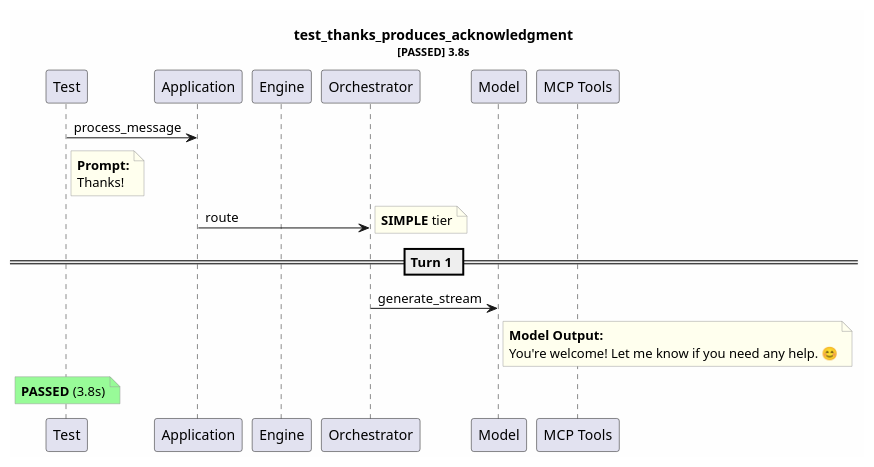
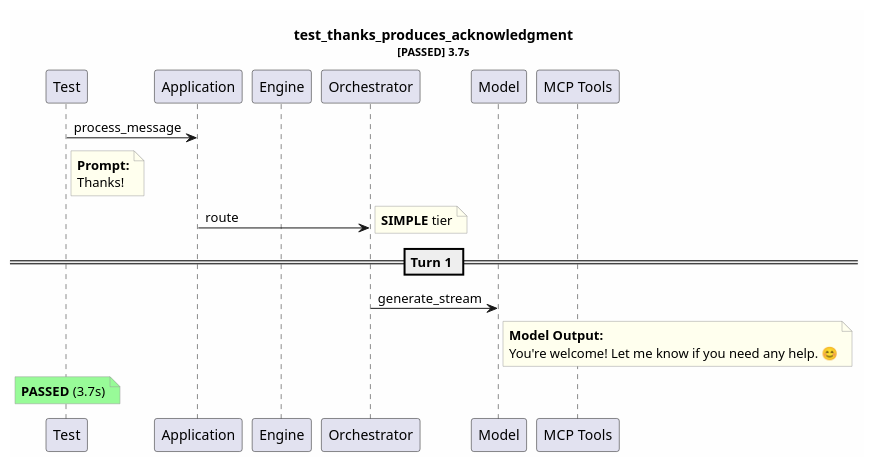
Before and after one commit to tvanfossen/entropic: the diagram in test-reports/test_thanks_produces_acknowledgment.puml, drawn with PlantUML. The commit also changed 50 other files, not shown here.

```diff
--- a/test-reports/test_thanks_produces_acknowledgment.puml
+++ b/test-reports/test_thanks_produces_acknowledgment.puml
@@ -1,31 +1,31 @@
 @startuml
 skinparam backgroundColor #FEFEFE
 skinparam noteBorderColor #999999
 skinparam noteBackgroundColor #FFFFEE
-title test_thanks_produces_acknowledgment\n<size:11>[PASSED] 3.8s</size>
+title test_thanks_produces_acknowledgment\n<size:11>[PASSED] 3.7s</size>
 
 participant "Test" as T
 participant "Application" as App
 participant "Engine" as Eng
 participant "Orchestrator" as Orch
 participant "Model" as Mdl
 participant "MCP Tools" as MCP
 
 T -> App: process_message
 note right of T
   **Prompt:**
   Thanks!
 end note
 App -> Orch: route
 note right: **SIMPLE** tier
 == Turn 1 ==
 Orch -> Mdl: generate_stream
 note right of Mdl
   **Model Output:**
   You're welcome! Let me know if you need any help. 😊
 end note
 note over T #palegreen
-  **PASSED** (3.8s)
+  **PASSED** (3.7s)
 end note
 
 @enduml
```
